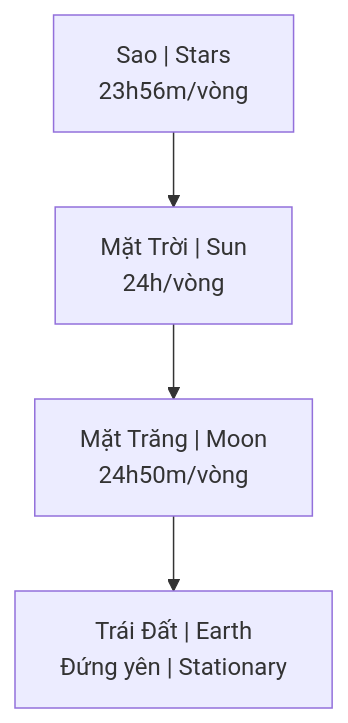
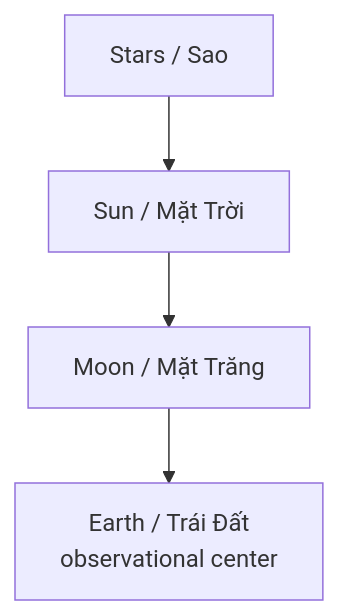
The diagram in mental-models/Mô Hình Địa Tâm.md (dyukahi/knowledge), drawn with Mermaid before and after one commit. The commit also changed other lines of this file and 4 other files, not shown here.

````diff
--- a/mental-models/Mô Hình Địa Tâm.md
+++ b/mental-models/Mô Hình Địa Tâm.md
@@ -19,9 +40,6 @@
 ```mermaid
 flowchart TB
-    Stars["Sao | Stars<br/>23h56m/vòng"]
-    Sun["Mặt Trời | Sun<br/>24h/vòng"]
-    Moon["Mặt Trăng | Moon<br/>24h50m/vòng"]
-    Earth["Trái Đất | Earth<br/>Đứng yên | Stationary"]
-    
-    Stars --> Sun --> Moon --> Earth
+    Stars[Stars / Sao] --> Sun[Sun / Mặt Trời]
+    Sun --> Moon[Moon / Mặt Trăng]
+    Moon --> Earth[Earth / Trái Đất<br/>observational center]
 ```
````
